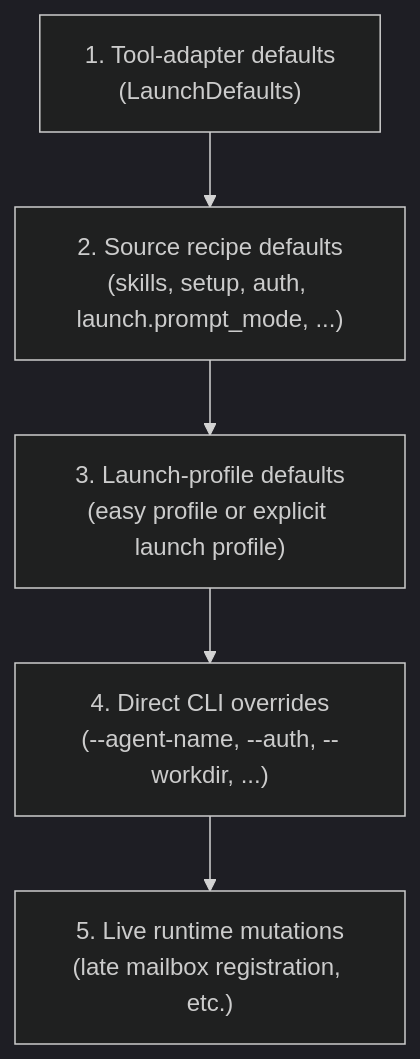
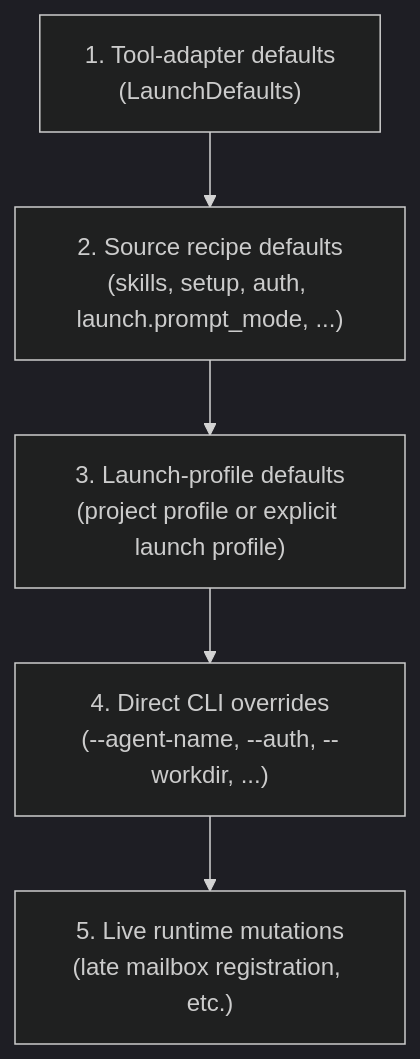
Before and after one commit to igamenovoer/houmao: the second of 2 diagrams in docs/getting-started/launch-profiles.md, drawn with Mermaid (dark theme). The commit also changed other lines of this file and 202 other files, not shown here.

````diff
--- a/docs/getting-started/launch-profiles.md
+++ b/docs/getting-started/launch-profiles.md
@@ -87,10 +87,10 @@
 ```mermaid
 flowchart TD
     A["1. Tool-adapter defaults<br/>(LaunchDefaults)"]
     B["2. Source recipe defaults<br/>(skills, setup, auth, launch.prompt_mode, ...)"]
-    C["3. Launch-profile defaults<br/>(easy profile or explicit launch profile)"]
+    C["3. Launch-profile defaults<br/>(project profile or explicit launch profile)"]
     D["4. Direct CLI overrides<br/>(--agent-name, --auth, --workdir, ...)"]
     E["5. Live runtime mutations<br/>(late mailbox registration, etc.)"]
 
     A --> B --> C --> D --> E
 ```
````
